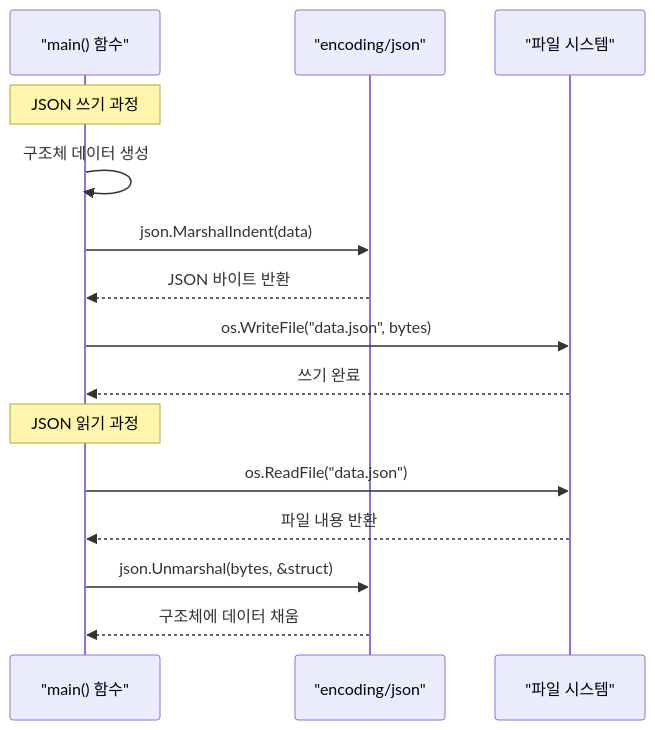
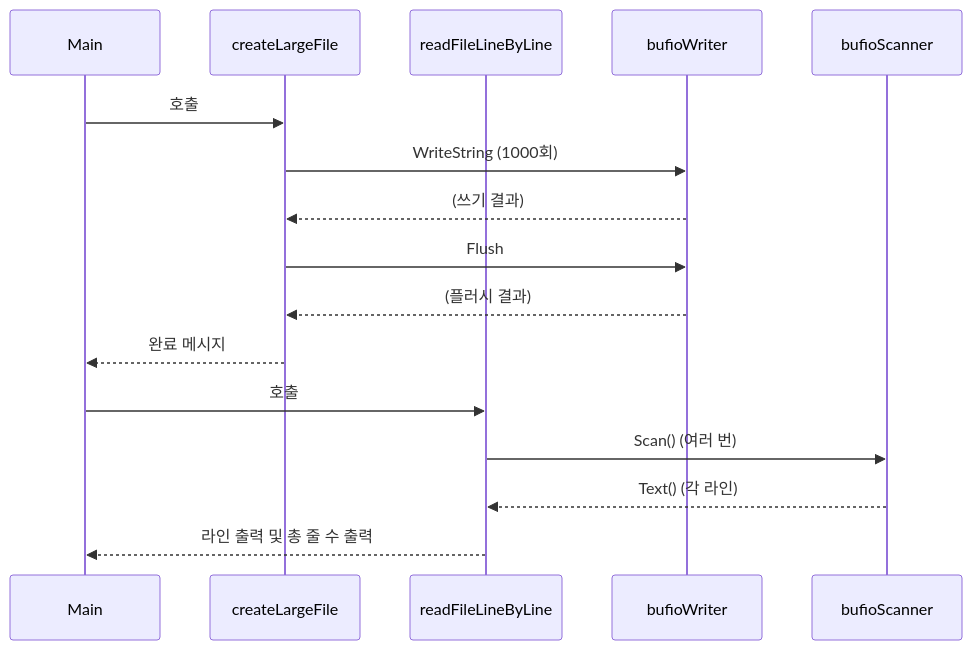
Before and after one commit to leekh4232/hossam-blog: the third of 6 diagrams in _posts/03.코딩/golang/2024-11-01-Go언어-파일입출력.md, drawn with Mermaid. The commit also changed other lines of this file, not shown here.

````diff
--- a/_posts/03.코딩/golang/2024-11-01-Go언어-파일입출력.md
+++ b/_posts/03.코딩/golang/2024-11-01-Go언어-파일입출력.md
@@ -439,19 +248,20 @@
 ```mermaid
 sequenceDiagram
-    participant Main as "main() 함수"
-    participant JSON as "encoding/json"
-    participant File as "파일 시스템"
+    participant Main
+    participant createLargeFile
+    participant readFileLineByLine
+    participant bufioWriter
+    participant bufioScanner
 
-    Note over Main: JSON 쓰기 과정
-    Main->>Main: 구조체 데이터 생성
-    Main->>JSON: json.MarshalIndent(data)
-    JSON-->>Main: JSON 바이트 반환
-    Main->>File: os.WriteFile("data.json", bytes)
-    File-->>Main: 쓰기 완료
+    Main->>createLargeFile: 호출
+    createLargeFile->>bufioWriter: WriteString (1000회)
+    bufioWriter-->>createLargeFile: (쓰기 결과)
+    createLargeFile->>bufioWriter: Flush
+    bufioWriter-->>createLargeFile: (플러시 결과)
+    createLargeFile-->>Main: 완료 메시지
 
-    Note over Main: JSON 읽기 과정
-    Main->>File: os.ReadFile("data.json")
-    File-->>Main: 파일 내용 반환
-    Main->>JSON: json.Unmarshal(bytes, &struct)
-    JSON-->>Main: 구조체에 데이터 채움
+    Main->>readFileLineByLine: 호출
+    readFileLineByLine->>bufioScanner: Scan() (여러 번)
+    bufioScanner-->>readFileLineByLine: Text() (각 라인)
+    readFileLineByLine-->>Main: 라인 출력 및 총 줄 수 출력
 ```
````
